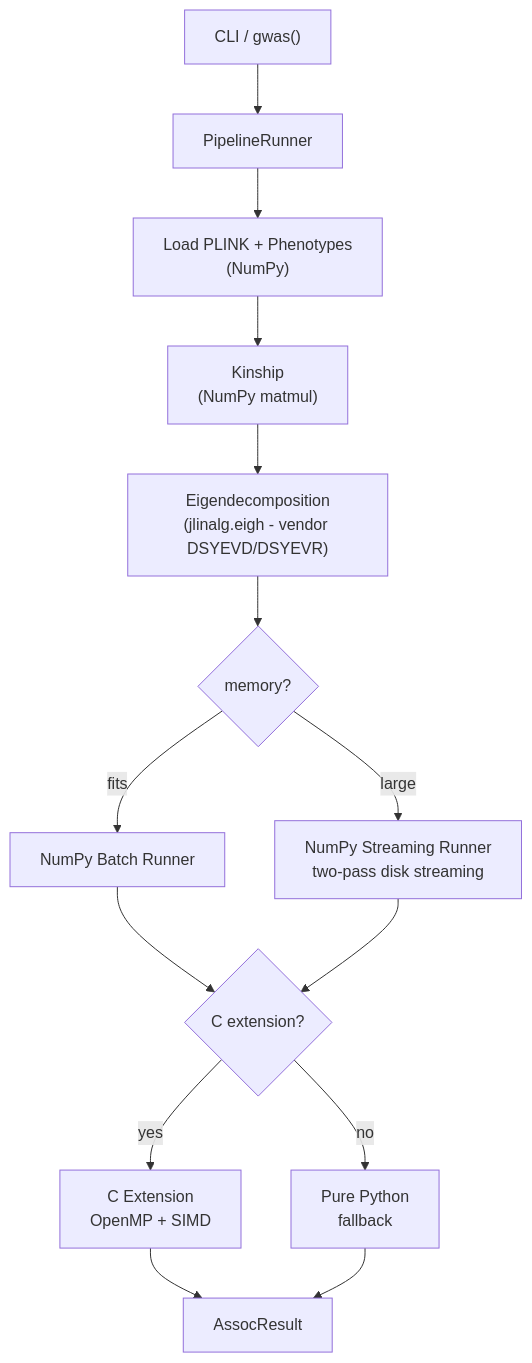
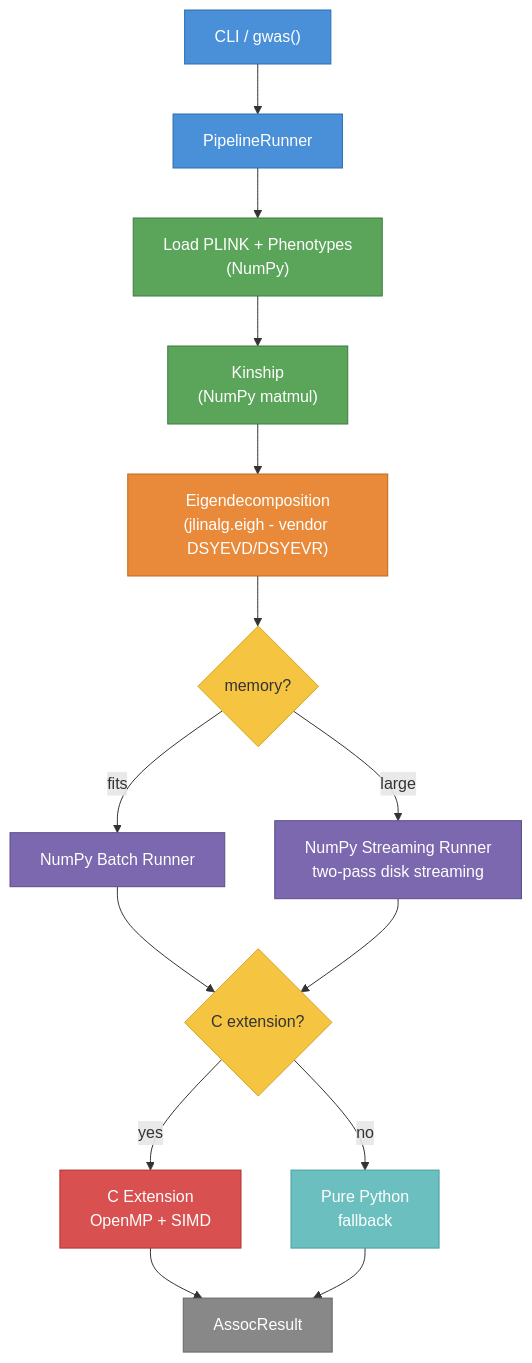
One commit to michael-denyer/jamma changed the first of 2 diagrams in README.md. Above: the diagram before and after it, drawn with Mermaid. The commit also changed other lines of this file, not shown here.

Commit message:
docs: add colour to mermaid architecture diagrams in README

````diff
--- a/README.md
+++ b/README.md
@@ -266,16 +266,29 @@
 ```mermaid
 flowchart TD
     CLI["CLI / gwas()"] --> PIPE["PipelineRunner"]
     PIPE --> LOAD["Load PLINK + Phenotypes<br>(NumPy)"]
     LOAD --> KIN["Kinship<br>(NumPy matmul)"]
     KIN --> EIG["Eigendecomposition<br>(jlinalg.eigh - vendor DSYEVD/DSYEVR)"]
     EIG --> MEM{"memory?"}
     MEM -->|"fits"| NP["NumPy Batch Runner"]
     MEM -->|"large"| NPS["NumPy Streaming Runner<br>two-pass disk streaming"]
     NP --> CEXT{"C extension?"}
     NPS --> CEXT
     CEXT -->|yes| C["C Extension<br>OpenMP + SIMD"]
     CEXT -->|no| PY["Pure Python<br>fallback"]
     C --> RES["AssocResult"]
     PY --> RES
+
+    style CLI fill:#4a90d9,stroke:#2c6faf,color:#fff
+    style PIPE fill:#4a90d9,stroke:#2c6faf,color:#fff
+    style LOAD fill:#5ba55b,stroke:#3d7a3d,color:#fff
+    style KIN fill:#5ba55b,stroke:#3d7a3d,color:#fff
+    style EIG fill:#e88a3a,stroke:#c06a1a,color:#fff
+    style MEM fill:#f5c542,stroke:#d4a520,color:#333
+    style NP fill:#7b68ae,stroke:#5a4d8a,color:#fff
+    style NPS fill:#7b68ae,stroke:#5a4d8a,color:#fff
+    style CEXT fill:#f5c542,stroke:#d4a520,color:#333
+    style C fill:#d95050,stroke:#b33030,color:#fff
+    style PY fill:#6bbfbf,stroke:#4a9e9e,color:#fff
+    style RES fill:#888,stroke:#666,color:#fff
 ```
````
